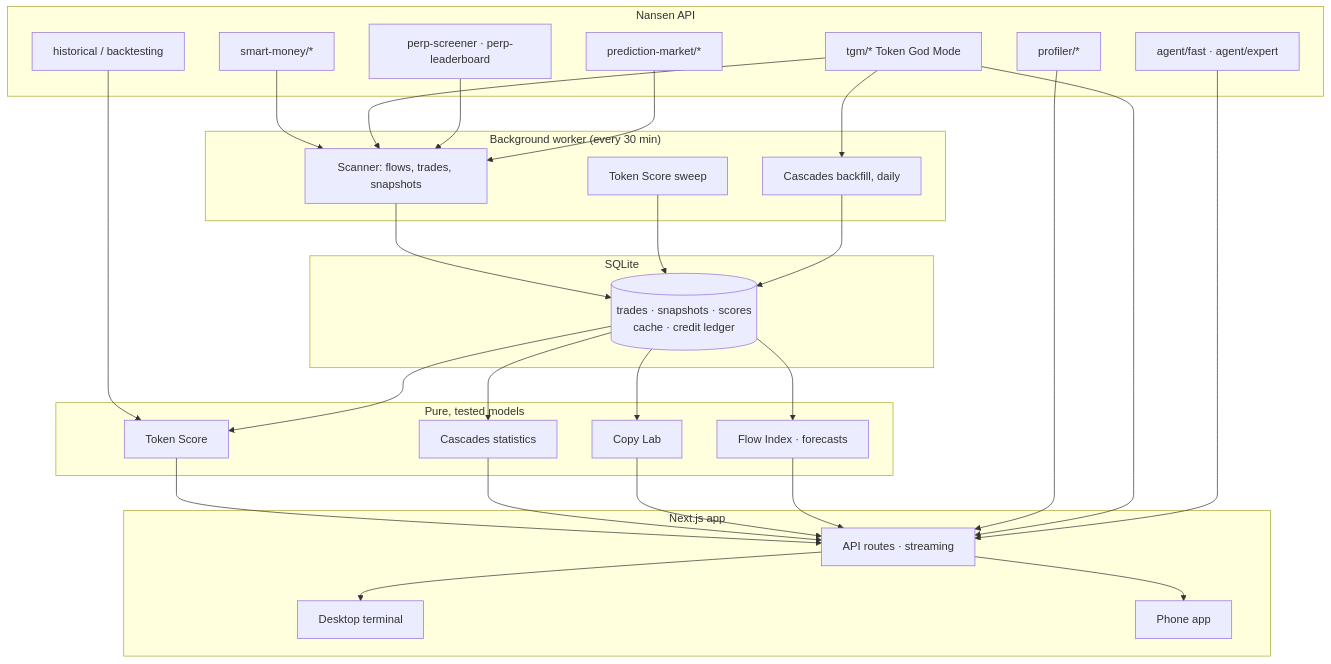
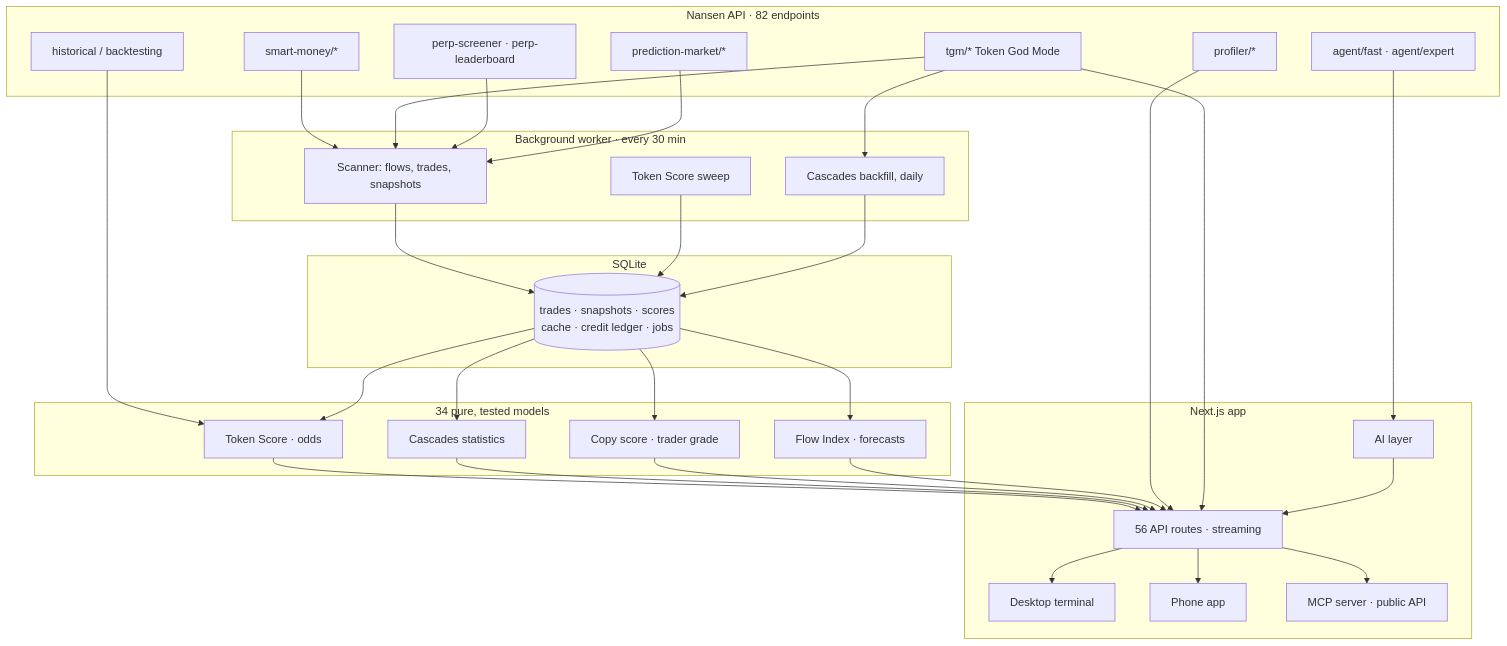
The fourth of 5 diagrams in README.md (ghostCODERWEB/peregrine-multichain), drawn with Mermaid before and after one commit. The commit also changed other lines of this file and 65 other files, not shown here.

````diff
--- a/README.md
+++ b/README.md
@@ -338,40 +513,42 @@
 ```mermaid
 flowchart TB
-  subgraph Nansen API
+  subgraph Nansen["Nansen API · 82 endpoints"]
     SM[smart-money/*]
     TGM[tgm/* Token God Mode]
     PR[profiler/*]
     HL[perp-screener · perp-leaderboard]
     PM[prediction-market/*]
     BT[historical / backtesting]
     AG[agent/fast · agent/expert]
   end
-  subgraph Worker["Background worker (every 30 min)"]
+  subgraph Worker["Background worker · every 30 min"]
     SC[Scanner: flows, trades, snapshots]
     SW[Token Score sweep]
     CB[Cascades backfill, daily]
   end
   subgraph Store["SQLite"]
-    DB[(trades · snapshots · scores<br/>cache · credit ledger)]
+    DB[(trades · snapshots · scores<br/>cache · credit ledger · jobs)]
   end
-  subgraph Models["Pure, tested models"]
-    M1[Token Score]
+  subgraph Models["34 pure, tested models"]
+    M1[Token Score · odds]
     M2[Cascades statistics]
-    M3[Copy Lab]
+    M3[Copy score · trader grade]
     M4[Flow Index · forecasts]
   end
   subgraph App["Next.js app"]
+    API[56 API routes · streaming]
+    AI[AI layer]
     UI[Desktop terminal]
     PH[Phone app]
-    API[API routes · streaming]
+    MCP[MCP server · public API]
   end
   SM & TGM & HL & PM --> SC
   TGM --> CB
   BT --> M1
   SC & SW & CB --> DB
   DB --> M1 & M2 & M3 & M4
   M1 & M2 & M3 & M4 --> API
   PR & TGM --> API
-  AG --> API
-  API --> UI & PH
+  AG --> AI --> API
+  API --> UI & PH & MCP
 ```
````
